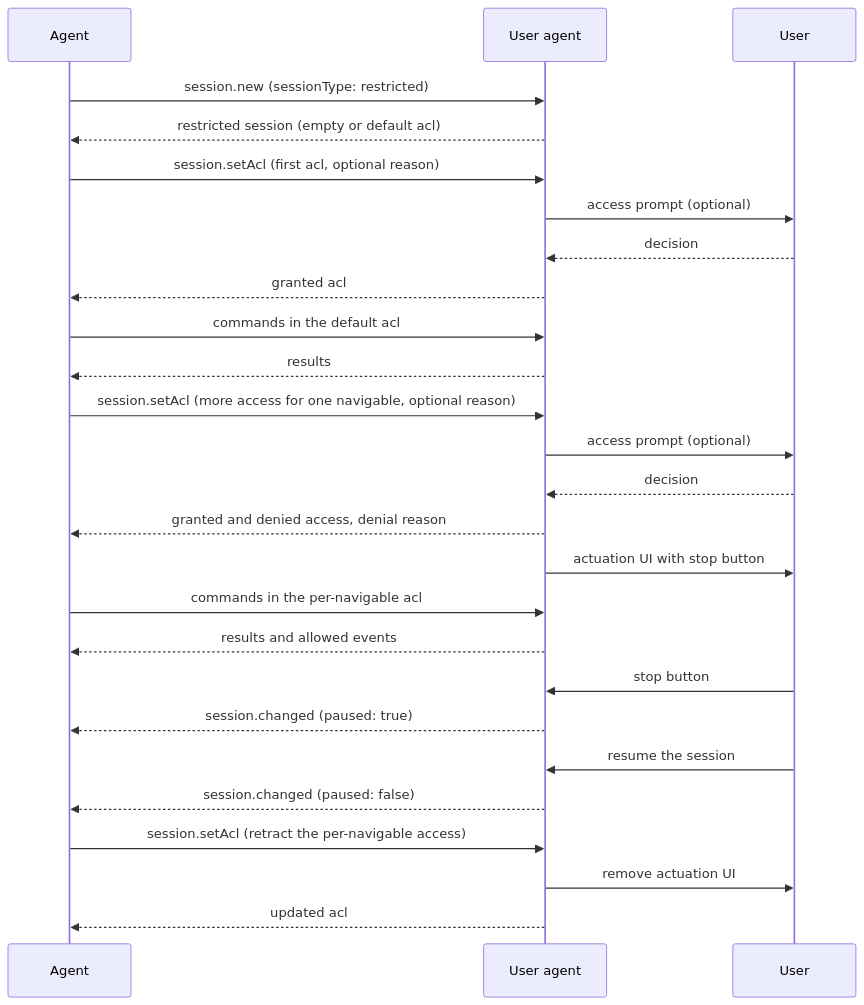
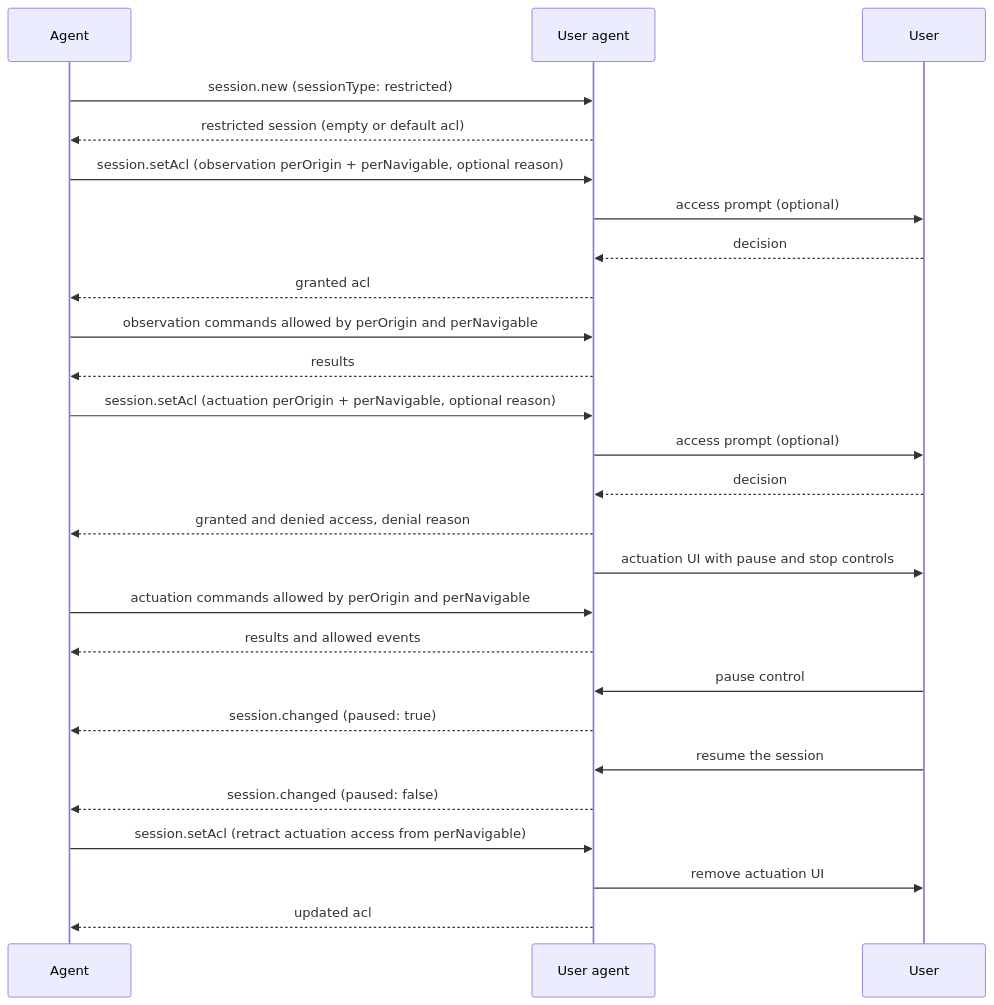
The diagram in explainers/restricted-sessions.md (WICG/agentic-webdriver-bidi), drawn with Mermaid before and after one commit. The commit also changed other lines of this file and 1 other file, not shown here.

Commit message:
Update ACL model per latest discussions

````diff
--- a/explainers/restricted-sessions.md
+++ b/explainers/restricted-sessions.md
@@ -107,29 +116,29 @@
 ```mermaid
 sequenceDiagram
     participant Agent
     participant UA as User agent
     participant User
 
     Agent->>UA: session.new (sessionType: restricted)
     UA-->>Agent: restricted session (empty or default acl)
-    Agent->>UA: session.setAcl (first acl, optional reason)
+    Agent->>UA: session.setAcl (observation perOrigin + perNavigable, optional reason)
     UA->>User: access prompt (optional)
     User-->>UA: decision
     UA-->>Agent: granted acl
-    Agent->>UA: commands in the default acl
+    Agent->>UA: observation commands allowed by perOrigin and perNavigable
     UA-->>Agent: results
-    Agent->>UA: session.setAcl (more access for one navigable, optional reason)
+    Agent->>UA: session.setAcl (actuation perOrigin + perNavigable, optional reason)
     UA->>User: access prompt (optional)
     User-->>UA: decision
     UA-->>Agent: granted and denied access, denial reason
-    UA->>User: actuation UI with stop button
-    Agent->>UA: commands in the per-navigable acl
+    UA->>User: actuation UI with pause and stop controls
+    Agent->>UA: actuation commands allowed by perOrigin and perNavigable
     UA-->>Agent: results and allowed events
-    User->>UA: stop button
+    User->>UA: pause control
     UA-->>Agent: session.changed (paused: true)
     User->>UA: resume the session
     UA-->>Agent: session.changed (paused: false)
-    Agent->>UA: session.setAcl (retract the per-navigable access)
+    Agent->>UA: session.setAcl (retract actuation access from perNavigable)
     UA->>User: remove actuation UI
     UA-->>Agent: updated acl
 ```
````
